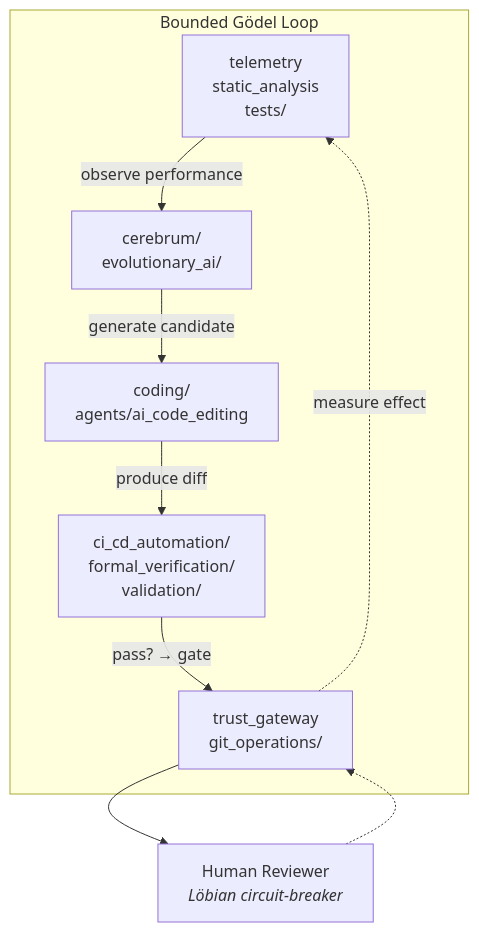
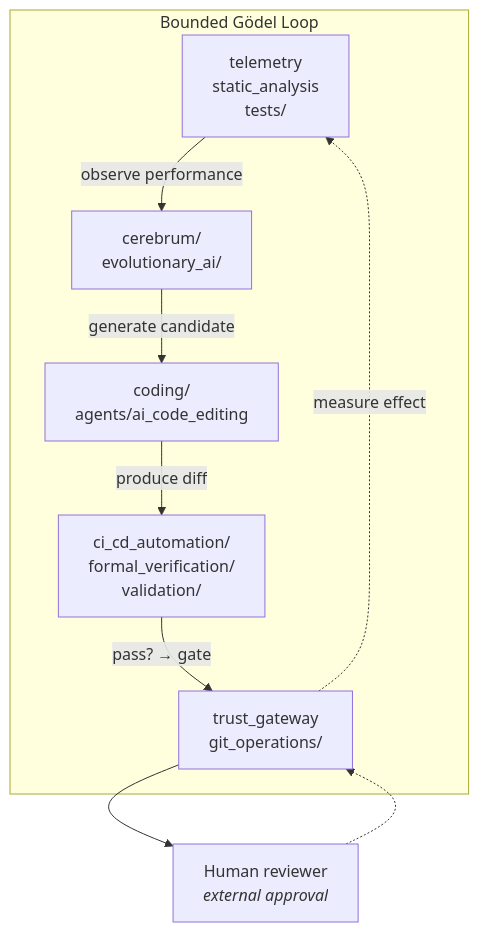
Before and after one commit to docxology/codomyrmex: the second of 2 diagrams in docs/agi/scaffolding.md, drawn with Mermaid. The commit also changed other lines of this file and 287 other files, not shown here.

````diff
--- a/docs/agi/scaffolding.md
+++ b/docs/agi/scaffolding.md
@@ -96,20 +117,20 @@
 ```mermaid
 graph TB
     subgraph GODEL["Bounded Gödel Loop"]
         OBSERVE["telemetry<br/>static_analysis<br/>tests/"]
         SEARCH["cerebrum/<br/>evolutionary_ai/"]
         MODIFY["coding/<br/>agents/ai_code_editing"]
         VERIFY["ci_cd_automation/<br/>formal_verification/<br/>validation/"]
         DEPLOY["trust_gateway<br/>git_operations/"]
     end
 
     OBSERVE -->|"observe performance"| SEARCH
     SEARCH -->|"generate candidate"| MODIFY
     MODIFY -->|"produce diff"| VERIFY
     VERIFY -->|"pass? → gate"| DEPLOY
     DEPLOY -.->|"measure effect"| OBSERVE
 
-    HUMAN["Human Reviewer<br/><i>Löbian circuit-breaker</i>"]
+    HUMAN["Human reviewer<br/><i>external approval</i>"]
     DEPLOY --> HUMAN
     HUMAN -.-> DEPLOY
 ```
````
